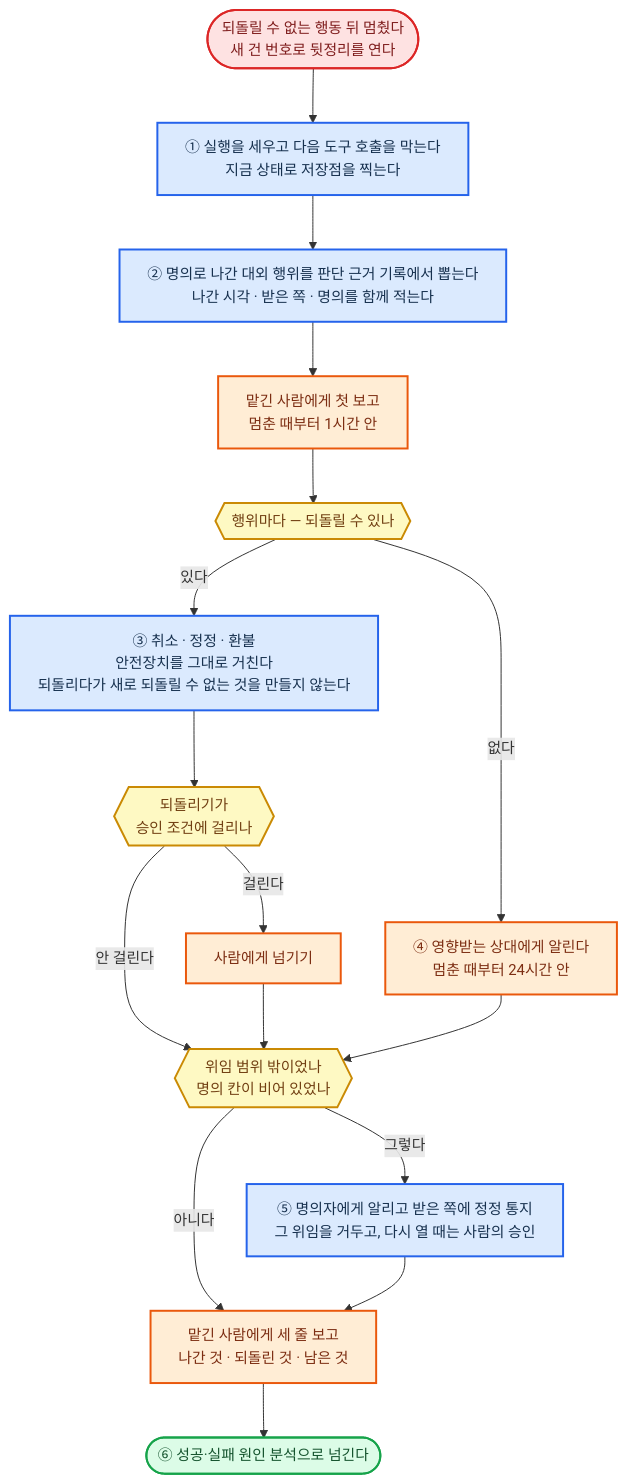
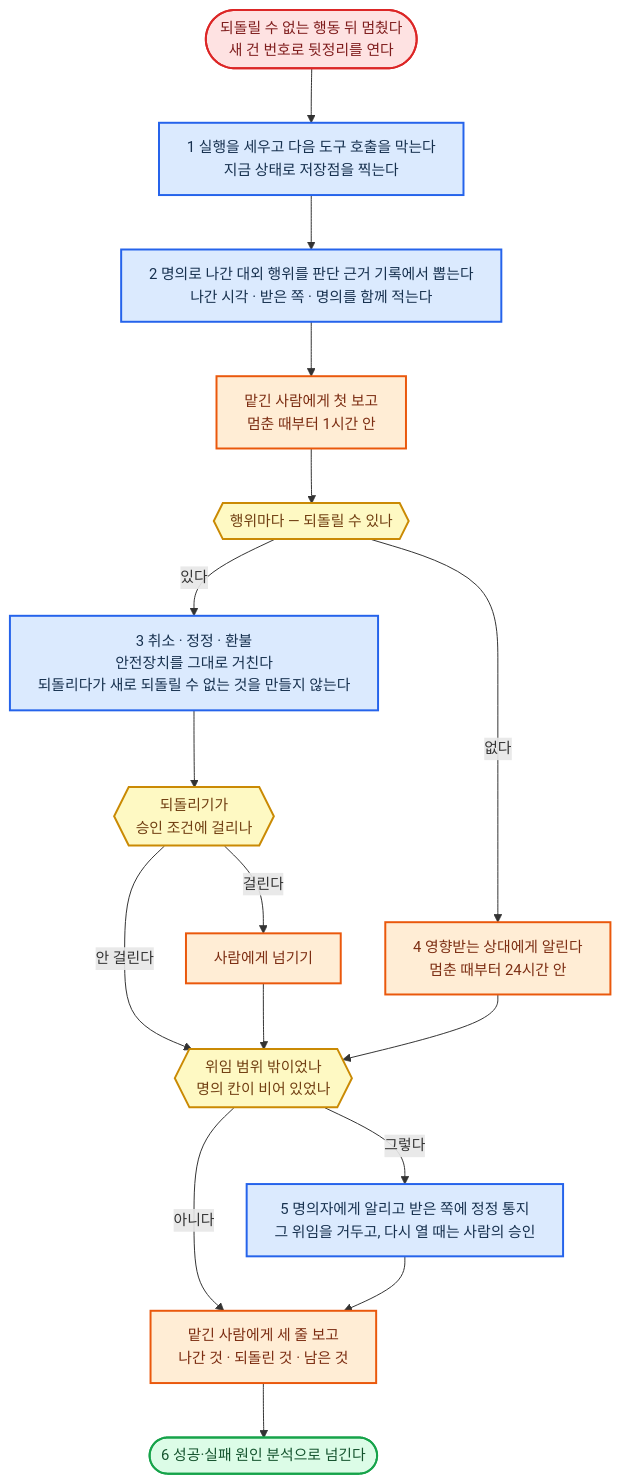
Before and after one commit to harisbaguette/expert: diagram 16 of 26 in 전문가 에이전트 정의 2.md, drawn with Mermaid. The commit also changed other lines of this file and 1 other file, not shown here.

````diff
--- a/전문가 에이전트 정의 2.md
+++ b/전문가 에이전트 정의 2.md
@@ -1664,16 +1740,16 @@
 ```mermaid
 %%{init: {"flowchart": {"wrappingWidth": 640, "curve": "basis", "nodeSpacing": 45, "rankSpacing": 55, "padding": 14, "useMaxWidth": true}, "themeVariables": {"fontSize": "15px"}} }%%
 flowchart TB
-    S(["되돌릴 수 없는 행동 뒤 멈췄다<br/>새 건 번호로 뒷정리를 연다"]):::stop --> A["① 실행을 세우고 다음 도구 호출을 막는다<br/>지금 상태로 저장점을 찍는다"]:::main --> B["② 명의로 나간 대외 행위를 판단 근거 기록에서 뽑는다<br/>나간 시각 · 받은 쪽 · 명의를 함께 적는다"]:::main --> R1["맡긴 사람에게 첫 보고<br/>멈춘 때부터 1시간 안"]:::back --> Q1{{"행위마다 — 되돌릴 수 있나"}}:::note
-    Q1 -- "있다" --> U["③ 취소 · 정정 · 환불<br/>안전장치를 그대로 거친다<br/>되돌리다가 새로 되돌릴 수 없는 것을 만들지 않는다"]:::main --> Q2{{"되돌리기가<br/>승인 조건에 걸리나"}}:::note
+    S(["되돌릴 수 없는 행동 뒤 멈췄다<br/>새 건 번호로 뒷정리를 연다"]):::stop --> A["1 실행을 세우고 다음 도구 호출을 막는다<br/>지금 상태로 저장점을 찍는다"]:::main --> B["2 명의로 나간 대외 행위를 판단 근거 기록에서 뽑는다<br/>나간 시각 · 받은 쪽 · 명의를 함께 적는다"]:::main --> R1["맡긴 사람에게 첫 보고<br/>멈춘 때부터 1시간 안"]:::back --> Q1{{"행위마다 — 되돌릴 수 있나"}}:::note
+    Q1 -- "있다" --> U["3 취소 · 정정 · 환불<br/>안전장치를 그대로 거친다<br/>되돌리다가 새로 되돌릴 수 없는 것을 만들지 않는다"]:::main --> Q2{{"되돌리기가<br/>승인 조건에 걸리나"}}:::note
     Q2 -- "안 걸린다" --> Q3{{"위임 범위 밖이었나<br/>명의 칸이 비어 있었나"}}:::note
     Q2 -- "걸린다" --> H["사람에게 넘기기"]:::back --> Q3
-    Q1 -- "없다" --> N["④ 영향받는 상대에게 알린다<br/>멈춘 때부터 24시간 안"]:::back --> Q3
-    Q3 -- "아니다" --> REP["맡긴 사람에게 세 줄 보고<br/>나간 것 · 되돌린 것 · 남은 것"]:::back --> E(["⑥ 성공·실패 원인 분석으로 넘긴다"]):::good
-    Q3 -- "그렇다" --> F["⑤ 명의자에게 알리고 받은 쪽에 정정 통지<br/>그 위임을 거두고, 다시 열 때는 사람의 승인"]:::main --> REP
+    Q1 -- "없다" --> N["4 영향받는 상대에게 알린다<br/>멈춘 때부터 24시간 안"]:::back --> Q3
+    Q3 -- "아니다" --> REP["맡긴 사람에게 세 줄 보고<br/>나간 것 · 되돌린 것 · 남은 것"]:::back --> E(["6 성공·실패 원인 분석으로 넘긴다"]):::good
+    Q3 -- "그렇다" --> F["5 명의자에게 알리고 받은 쪽에 정정 통지<br/>그 위임을 거두고, 다시 열 때는 사람의 승인"]:::main --> REP
     classDef main fill:#dbeafe,stroke:#2563eb,stroke-width:2px,color:#17314f
     classDef stop fill:#fee2e2,stroke:#dc2626,stroke-width:2px,color:#7f1d1d
     classDef back fill:#ffedd5,stroke:#ea580c,stroke-width:2px,color:#7c2d12
     classDef good fill:#dcfce7,stroke:#16a34a,stroke-width:2px,color:#14532d
     classDef note fill:#fef9c3,stroke:#ca8a04,stroke-width:2px,color:#713f12
 ```
````
